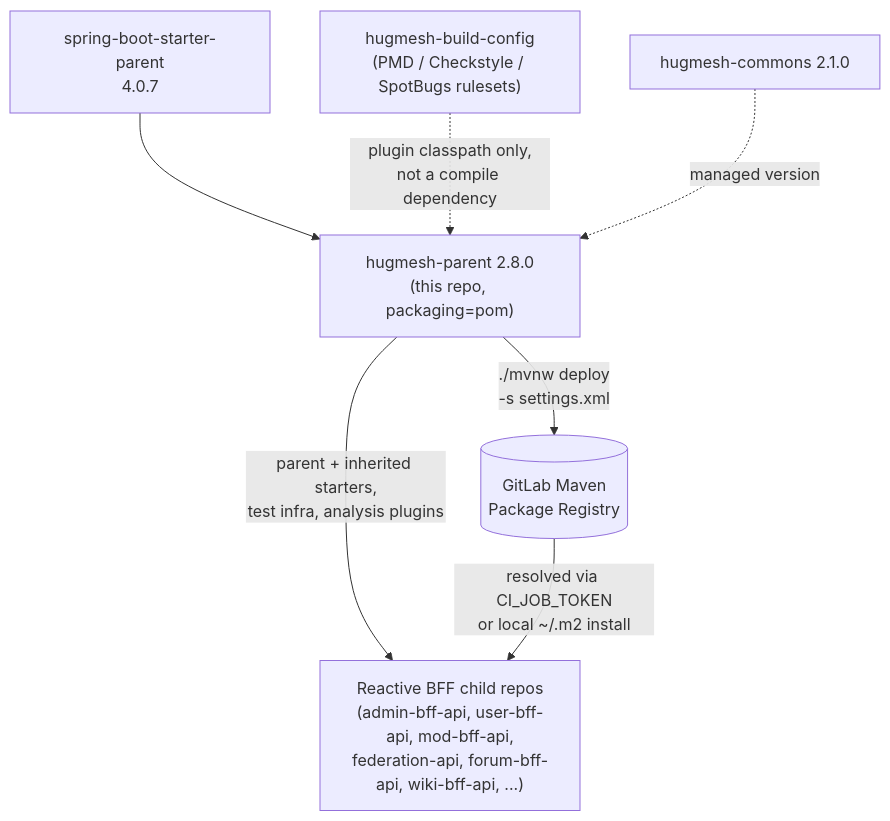
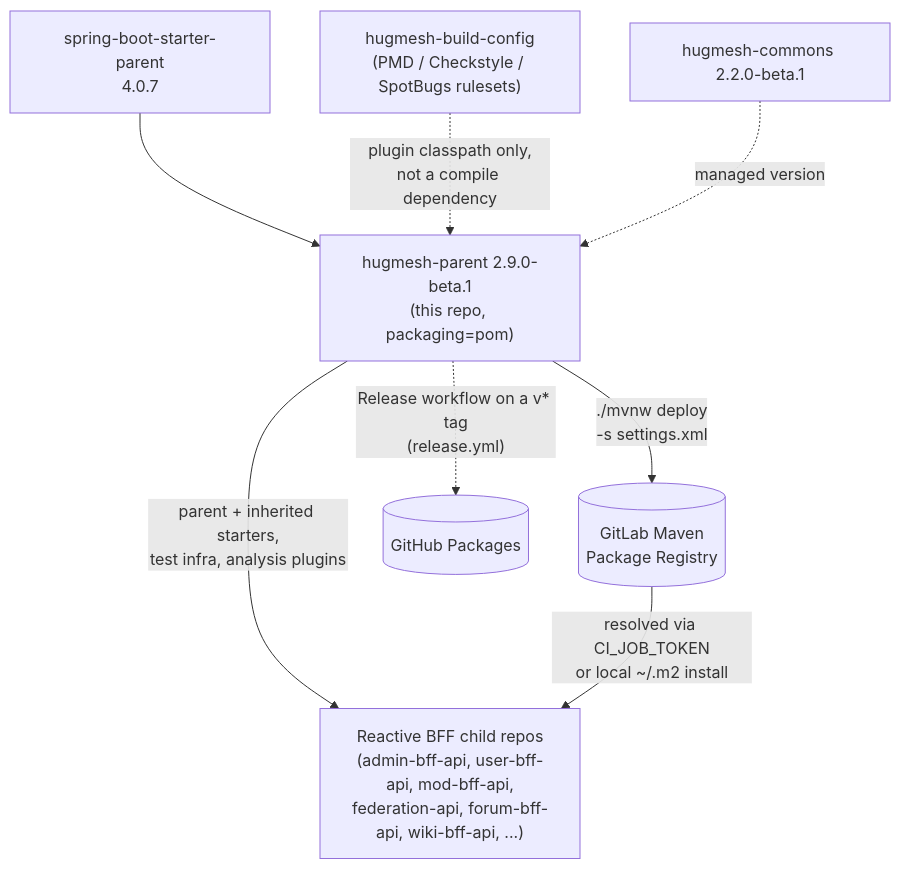
One commit to hugmesh/hugmesh.github.io changed the diagram in content/developer-guide/maven-parent-pom.md. Above: the diagram before and after it, drawn with Mermaid. The commit also changed other lines of this file and 166 other files, not shown here.

````diff
--- a/content/developer-guide/maven-parent-pom.md
+++ b/content/developer-guide/maven-parent-pom.md
@@ -142,12 +142,13 @@
 ```mermaid
 flowchart TD
-    SBSP["spring-boot-starter-parent<br/>4.0.7"] --> SP["hugmesh-parent 2.8.0<br/>(this repo, packaging=pom)"]
+    SBSP["spring-boot-starter-parent<br/>4.0.7"] --> SP["hugmesh-parent 2.9.0-beta.1<br/>(this repo, packaging=pom)"]
 
     SBC["hugmesh-build-config<br/>(PMD / Checkstyle / SpotBugs rulesets)"] -.->|"plugin classpath only,<br/>not a compile dependency"| SP
-    SC["hugmesh-commons 2.1.0"] -.->|"managed version"| SP
+    SC["hugmesh-commons 2.2.0-beta.1"] -.->|"managed version"| SP
 
     SP -->|"parent + inherited starters,<br/>test infra, analysis plugins"| BFF["Reactive BFF child repos<br/>(admin-bff-api, user-bff-api, mod-bff-api,<br/>federation-api, forum-bff-api, wiki-bff-api, ...)"]
 
     SP -->|"./mvnw deploy<br/>-s settings.xml"| REG[("GitLab Maven<br/>Package Registry")]
+    SP -.->|"Release workflow on a v* tag<br/>(release.yml)"| GHP[("GitHub Packages")]
     REG -->|"resolved via CI_JOB_TOKEN<br/>or local ~/.m2 install"| BFF
 ```
````
